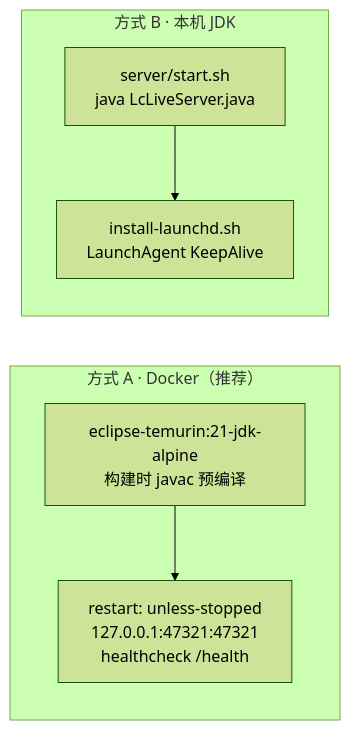
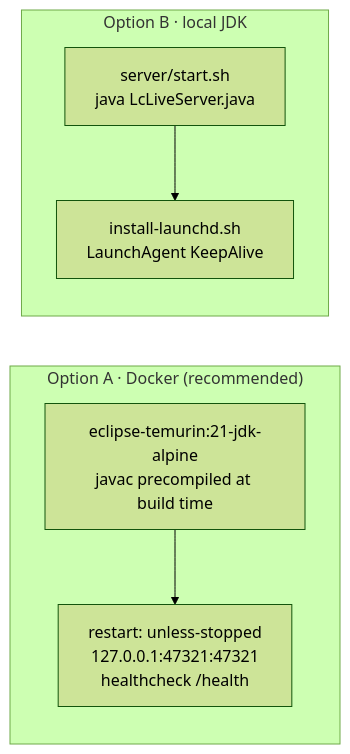
The fifth of 5 diagrams in docs/DESIGN.md (haotian-zz/lc-live), drawn with Mermaid (forest theme) before and after one commit. The commit also changed other lines of this file and 3 other files, not shown here.

````diff
--- a/docs/DESIGN.md
+++ b/docs/DESIGN.md
@@ -275,9 +277,9 @@
 ```mermaid
 flowchart LR
-    subgraph A["方式 A · Docker（推荐）"]
-        D1["eclipse-temurin:21-jdk-alpine<br/>构建时 javac 预编译"] --> D2["restart: unless-stopped<br/>127.0.0.1:47321:47321<br/>healthcheck /health"]
+    subgraph A["Option A · Docker (recommended)"]
+        D1["eclipse-temurin:21-jdk-alpine<br/>javac precompiled at build time"] --> D2["restart: unless-stopped<br/>127.0.0.1:47321:47321<br/>healthcheck /health"]
     end
-    subgraph B["方式 B · 本机 JDK"]
+    subgraph B["Option B · local JDK"]
         L1["server/start.sh<br/>java LcLiveServer.java"] --> L2["install-launchd.sh<br/>LaunchAgent KeepAlive"]
     end
 ```
````
